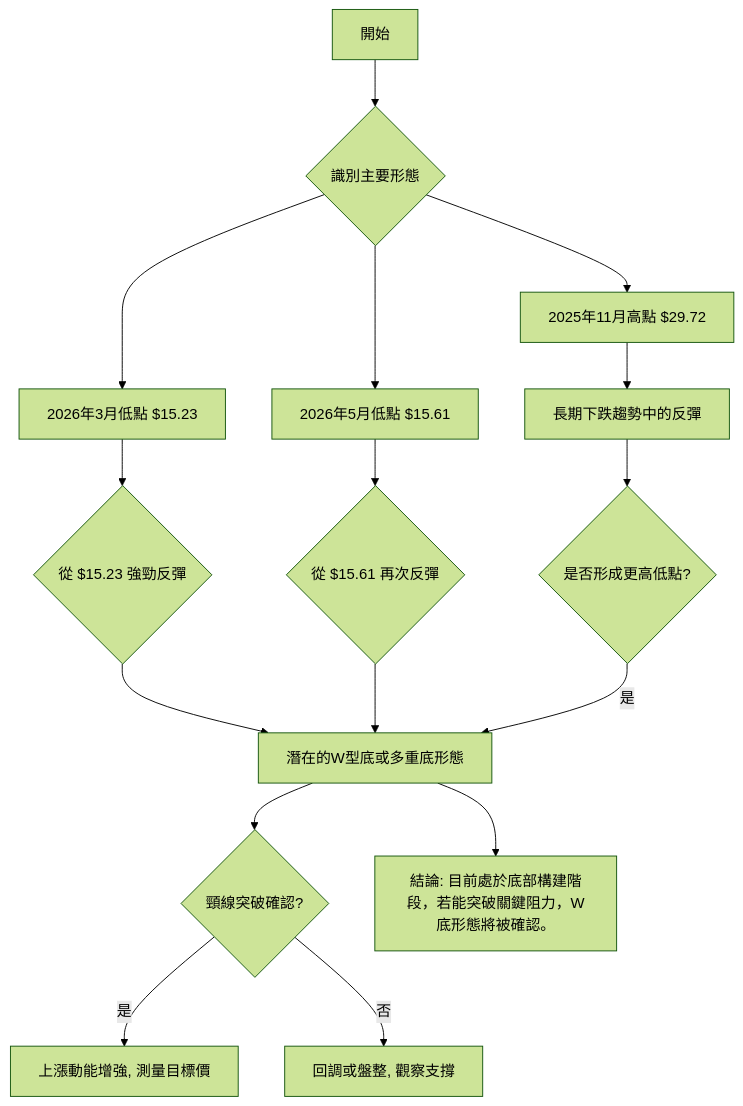
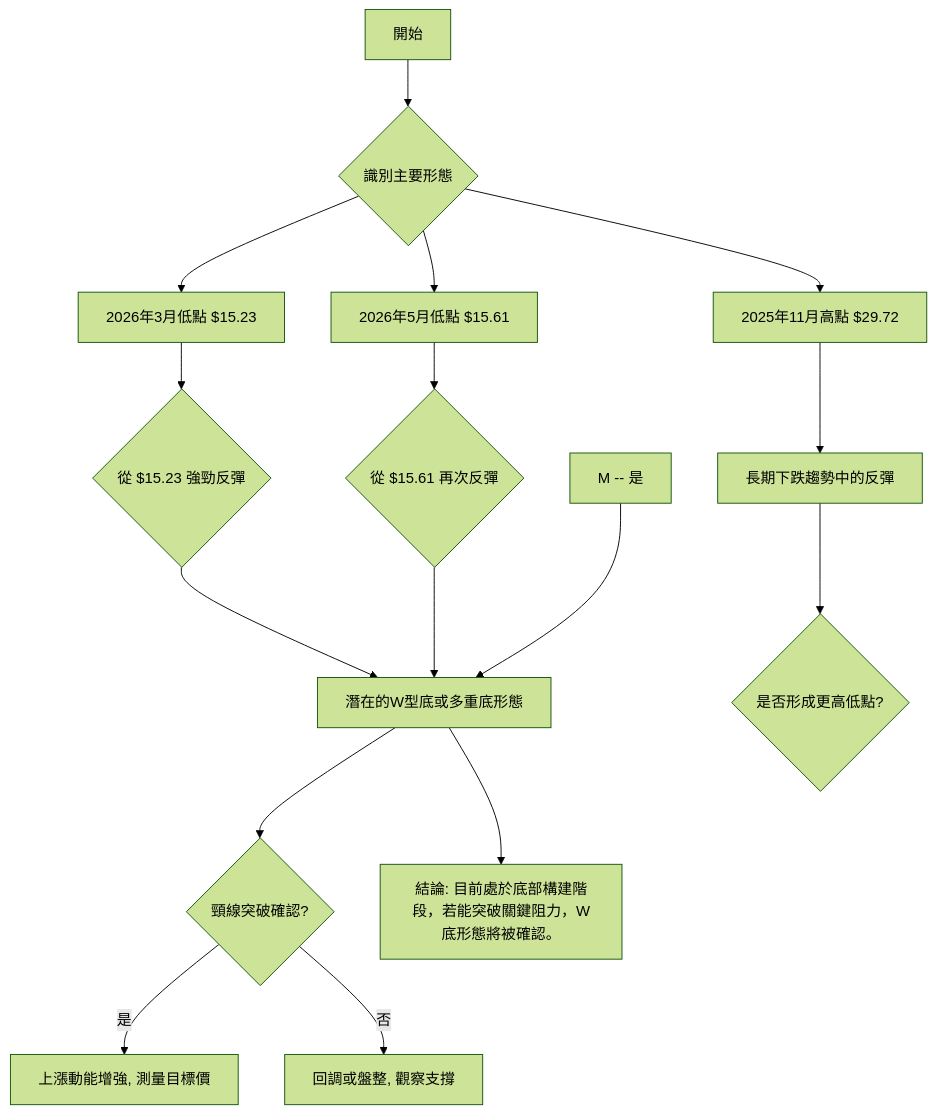
The fourth of 11 diagrams in ai_gen_report/stock/sofi/technical_analysis_2026-07-05_gemini.md (yennanliu/finance_data), drawn with Mermaid (forest theme) before and after one commit. The commit also changed other lines of this file and 2258 other files, not shown here.

First line of the commit message:
chore: backfill Mermaid syntax repair across existing reports

````diff
--- a/ai_gen_report/stock/sofi/technical_analysis_2026-07-05_gemini.md
+++ b/ai_gen_report/stock/sofi/technical_analysis_2026-07-05_gemini.md
@@ -237,21 +237,21 @@
 ```mermaid
 graph TD
-    A[開始] --> B{識別主要形態}
-    B --> C[2025年11月高點 $29.72]
-    B --> D[2026年3月低點 $15.23]
-    B --> E[2026年5月低點 $15.61]
+    A["開始"] --> B{"識別主要形態"}
+    B --> C["2025年11月高點 $29.72"]
+    B --> D["2026年3月低點 $15.23"]
+    B --> E["2026年5月低點 $15.61"]
 
-    D --> F{從 $15.23 強勁反彈}
-    E --> G{從 $15.61 再次反彈}
+    D --> F{"從 $15.23 強勁反彈"}
+    E --> G{"從 $15.61 再次反彈"}
 
-    F & G --> H[潛在的W型底或多重底形態]
-    H --> I{頸線突破確認?}
-    I -- 是 --> J[上漲動能增強, 測量目標價]
-    I -- 否 --> K[回調或盤整, 觀察支撐]
+    F & G --> H["潛在的W型底或多重底形態"]
+    H --> I{"頸線突破確認?"}
+    I -- 是 --> J["上漲動能增強, 測量目標價"]
+    I -- 否 --> K["回調或盤整, 觀察支撐"]
 
-    C --> L[長期下跌趨勢中的反彈]
-    L --> M{是否形成更高低點?}
-    M -- 是 --> H
+    C --> L["長期下跌趨勢中的反彈"]
+    L --> M{"是否形成更高低點?"}
+    nb1["M -- 是"] --> H
 
-    H --> N[結論: 目前處於底部構建階段，若能突破關鍵阻力，W底形態將被確認。]
+    H --> N["結論: 目前處於底部構建階段，若能突破關鍵阻力，W底形態將被確認。"]
 ```
````
